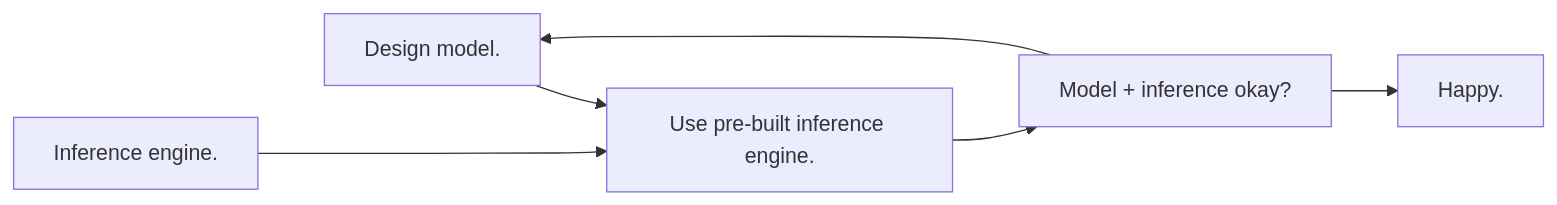
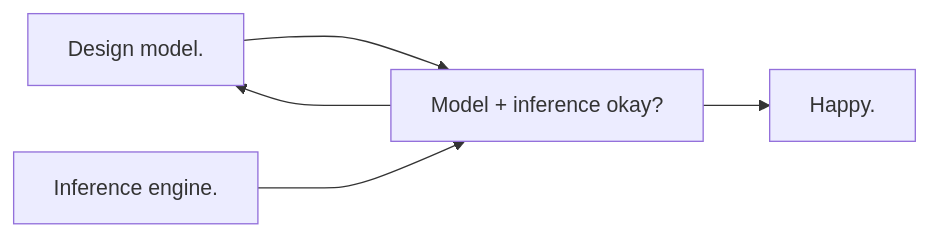
Before and after one commit to genjax-dev/genjax-chi: the second of 2 diagrams in docs/index.md, drawn with Mermaid. The commit also changed other lines of this file and 14 other files, not shown here.

````diff
--- a/docs/index.md
+++ b/docs/index.md
@@ -78,8 +101,7 @@
 ``` mermaid
 graph LR
-  A[Design model.] --> C[Use pre-built inference engine.];
-  B[Inference engine.] ---> C[Use pre-built inference engine.];
-  C --> D[Model + inference okay?];
+  A[Design model.] --> D[Model + inference okay?];
+  B[Inference engine.] ---> D;
   D --> E[Happy.];
   D ---> A;
 ```
````
